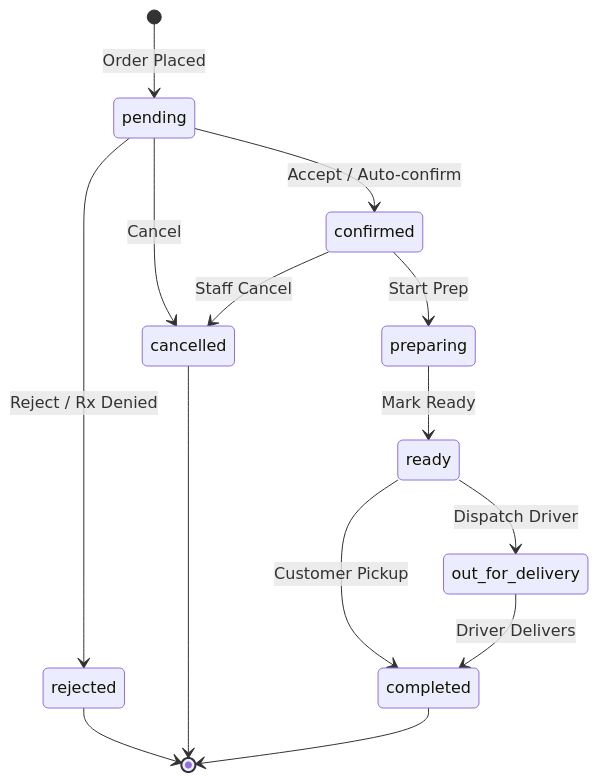
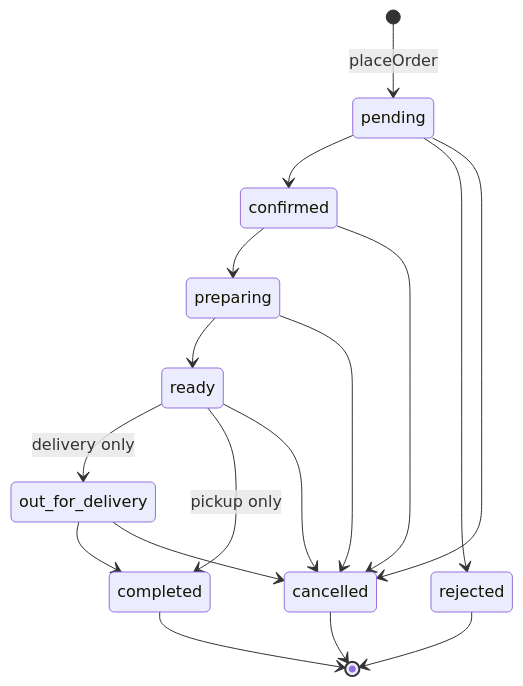
One commit to Ai-NativeLab/ServeOs changed the first of 8 diagrams in docs/flows/state-machines.md. Above: the diagram before and after it, drawn with Mermaid. The commit also changed other lines of this file and 1 other file, not shown here.

First line of the commit message:
docs(flows): rewrite sequence diagrams and state machines from the code

````diff
--- a/docs/flows/state-machines.md
+++ b/docs/flows/state-machines.md
@@ -9,21 +9,19 @@
 ```mermaid
 stateDiagram-v2
-    [*] --> pending: Order Placed
-    pending --> confirmed: Accept / Auto-confirm
-    pending --> rejected: Reject / Rx Denied
-    pending --> cancelled: Cancel
-    
-    confirmed --> preparing: Start Prep
-    confirmed --> cancelled: Staff Cancel
-    
-    preparing --> ready: Mark Ready
-    
-    ready --> out_for_delivery: Dispatch Driver
-    ready --> completed: Customer Pickup
-    
-    out_for_delivery --> completed: Driver Delivers
-    
+    [*] --> pending: placeOrder
+    pending --> confirmed
+    pending --> rejected
+    pending --> cancelled
+    confirmed --> preparing
+    confirmed --> cancelled
+    preparing --> ready
+    preparing --> cancelled
+    ready --> out_for_delivery: delivery only
+    ready --> completed: pickup only
+    ready --> cancelled
+    out_for_delivery --> completed
+    out_for_delivery --> cancelled
+    completed --> [*]
     rejected --> [*]
     cancelled --> [*]
-    completed --> [*]
 ```
````
